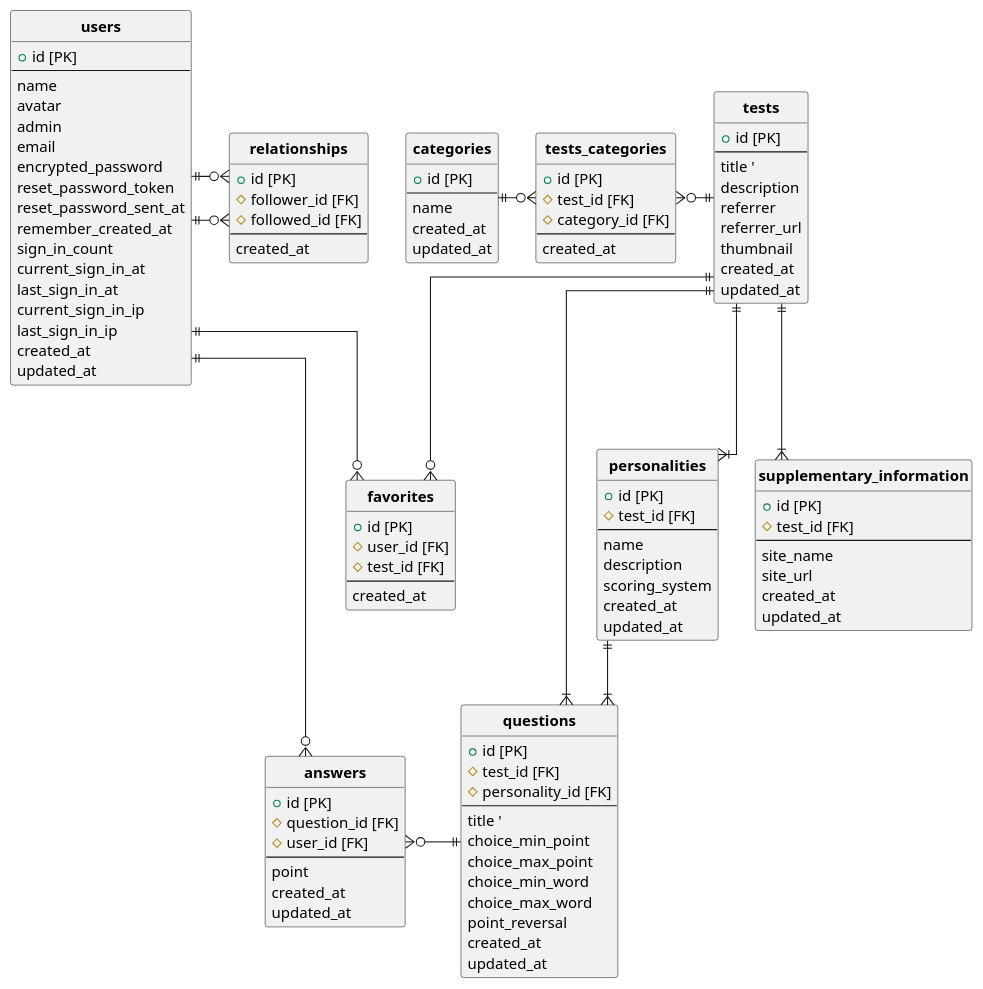
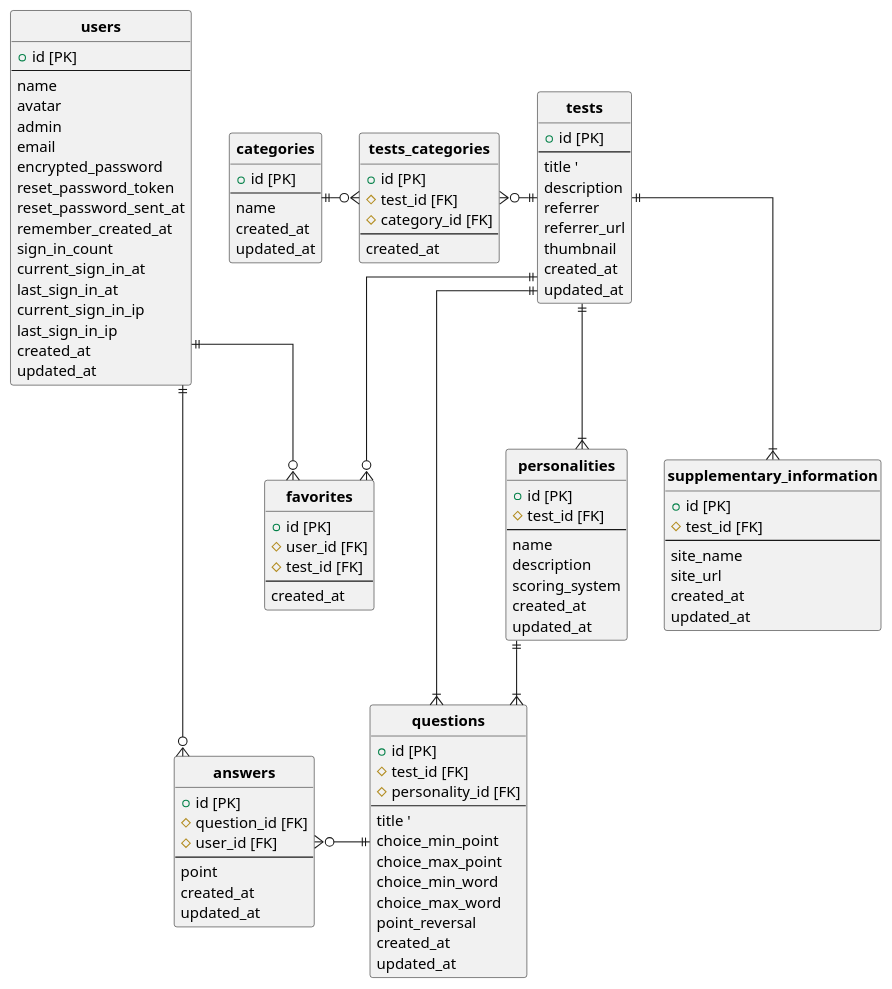
Before and after one commit to ymdarudy/psykarte: the diagram in ER.pu, drawn with PlantUML.

Commit message:
:books: ER図修正

```diff
--- a/ER.pu
+++ b/ER.pu
@@ -1,131 +1,121 @@
 @startuml yonde
 ' hide the spot
 hide circle
 
 ' avoid problems with angled crows feet
 skinparam linetype ortho
 
 entity "**users**" as users {
   + id [PK]
   --
   name
   avatar
   admin
   email
   encrypted_password
   reset_password_token
   reset_password_sent_at
   remember_created_at
   sign_in_count
   current_sign_in_at
   last_sign_in_at
   current_sign_in_ip
   last_sign_in_ip
   created_at
   updated_at
 }
 
 entity "**tests**" as tests {
   + id [PK]
   --
   title '
   description
   referrer
   referrer_url
   thumbnail
   created_at
   updated_at
 }
 
 entity "**personalities**" as personalities {
   + id [PK]
   # test_id [FK]
   --
   name
   description
   scoring_system
   created_at
   updated_at
 }
 
 entity "**questions**" as questions {
   + id [PK]
   # test_id [FK]
   # personality_id [FK]
   --
   title '
   choice_min_point
   choice_max_point
   choice_min_word
   choice_max_word
   point_reversal
   created_at
   updated_at
 }
 
 entity "**answers**" as answers {
   + id [PK]
   # question_id [FK]
   # user_id [FK]
   --
   point
   created_at
   updated_at
 }
 
 entity "**supplementary_information**" as supplementary_information {
   + id [PK]
   # test_id [FK]
   --
   site_name
   site_url
   created_at
   updated_at
 }
 
 entity "**favorites**" as favorites {
   + id [PK]
   # user_id [FK]
   # test_id [FK]
   --
   created_at
 }
 
 entity "**categories**" as categories {
   + id [PK]
   --
   name
   created_at
   updated_at
 }
 
 entity "**tests_categories**" as tests_categories {
   + id [PK]
   # test_id [FK]
   # category_id [FK]
   --
   created_at
 }
 
-entity "**relationships**" as relationships {
-  + id [PK]
-  # follower_id [FK]
-  # followed_id [FK]
-  --
-  created_at
-}
-
 tests ||--|{ supplementary_information
 tests ||--|{ personalities
 tests ||-d-|{ questions
 tests ||--o{ favorites
 tests ||-l-o{ tests_categories
 categories ||-r-o{ tests_categories
 users ||-d-o{ answers
 users ||-d-o{ favorites
-users ||-r-o{ relationships
-users ||-r-o{ relationships
 questions ||-l-o{ answers
 personalities ||--|{ questions
 
 @enduml
```
